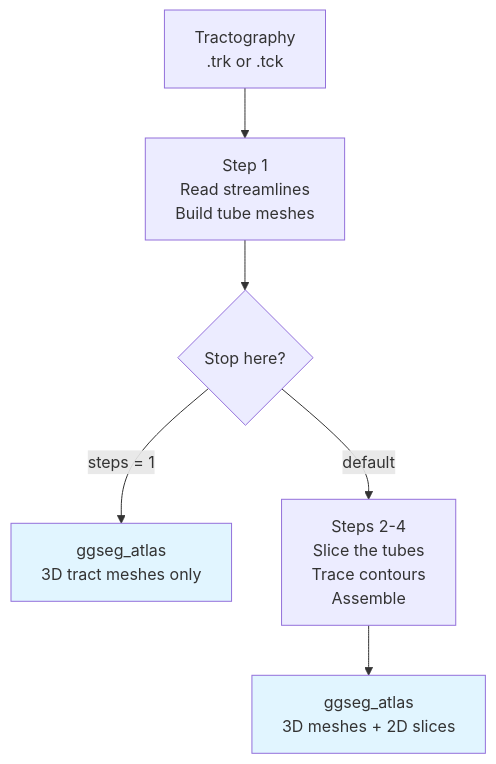
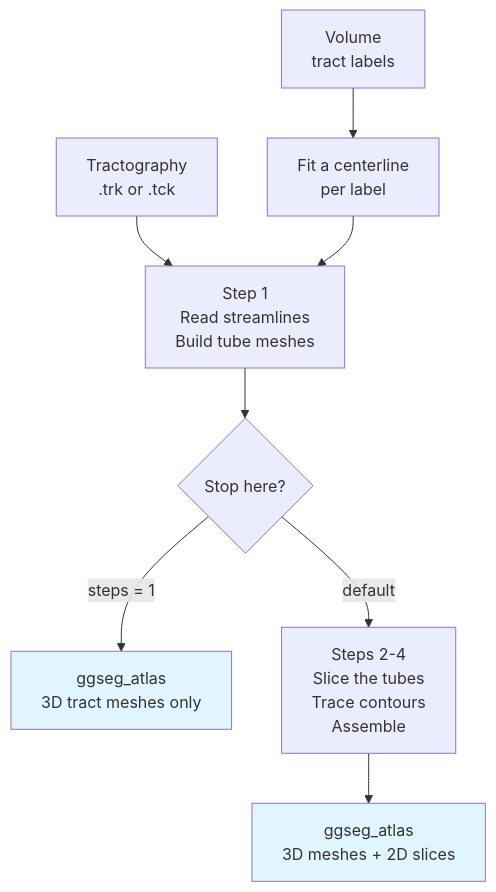
The fifth of 6 diagrams in vignettes/atlas-workflows.qmd (ggsegverse/ggseg.extra), drawn with Mermaid before and after one commit. The commit also changed other lines of this file and 3 other files, not shown here.

First line of the commit message:
docs: make atlas-workflows its diagrams, and make the diagrams true (#310)

````diff
--- a/vignettes/atlas-workflows.qmd
+++ b/vignettes/atlas-workflows.qmd
@@ -166,15 +150,17 @@
 ```{mermaid}
 %%| label: fig-tracts
 %%| fig-width: 10
 %%| fig-cap: "White matter tract atlas pipeline"
-%%| fig-alt: "Flowchart showing tractography file processing: step 1 reads streamlines and builds tube meshes, then either stopping there for a 3D-only tract atlas or continuing through steps 2 to 4 to slice the tubes, trace contours and assemble an atlas with both 3D meshes and 2D slices"
+%%| fig-alt: "Flowchart showing tract atlas creation from either a tractography file or a volumetric tract label map, the latter first reduced to one centerline per label: step 1 reads streamlines and builds tube meshes, then either stopping there for a 3D-only tract atlas or continuing through steps 2 to 4 to slice the tubes, trace contours and assemble an atlas with both 3D meshes and 2D slices"
 flowchart TB
     A[Tractography<br/>.trk or .tck] --> B["Step 1<br/>Read streamlines<br/>Build tube meshes"]
+    V[Volume<br/>tract labels] --> V1[Fit a centerline<br/>per label]
+    V1 --> B
     B --> C{Stop here?}
     C -->|steps = 1| H2[ggseg_atlas<br/>3D tract meshes only]
     C -->|default| S["Steps 2-4<br/>Slice the tubes<br/>Trace contours<br/>Assemble"]
     S --> H[ggseg_atlas<br/>3D meshes + 2D slices]
 
     style H fill:#e1f5ff
     style H2 fill:#e1f5ff
 ```
````
